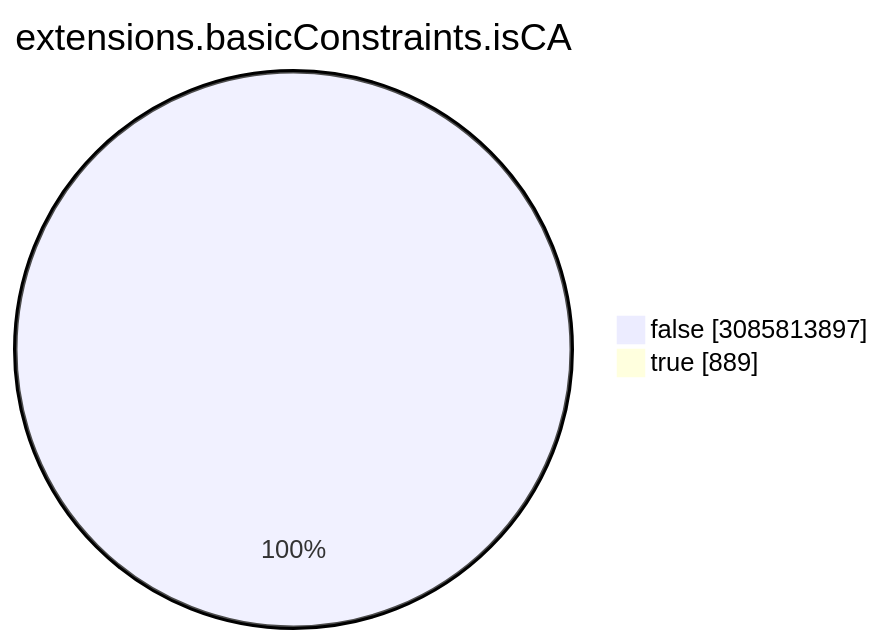
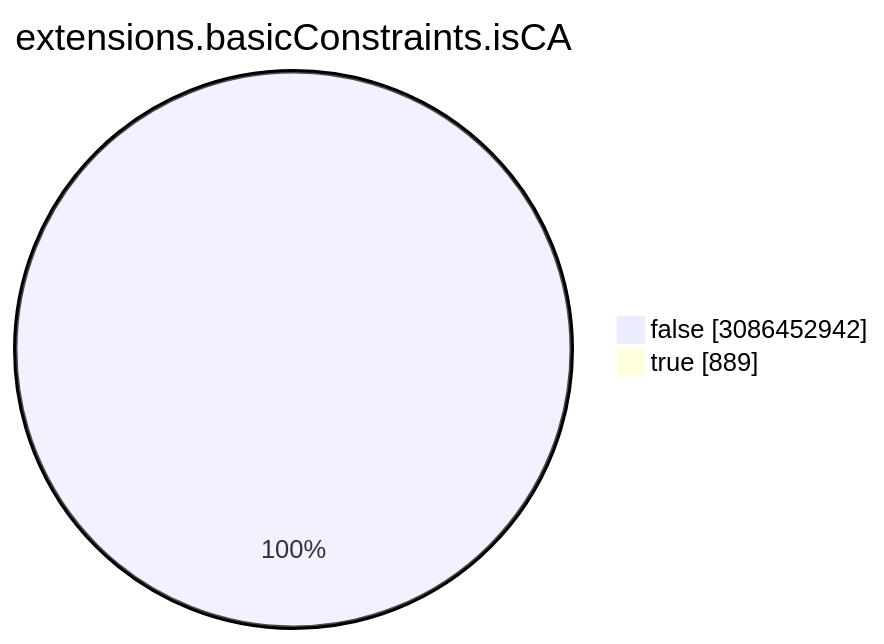
The seventh of 15 diagrams in TOTAL/README.md (christiankrug/ctmonitor_visualization), drawn with Mermaid before and after one commit. The commit also changed other lines of this file, not shown here.

````diff
--- a/TOTAL/README.md
+++ b/TOTAL/README.md
@@ -3088,6 +3088,6 @@
 ```mermaid
 pie showData
 title extensions.basicConstraints.isCA
-"false" :3085813897
+"false" :3086452942
 "true" :889
 ```
````
